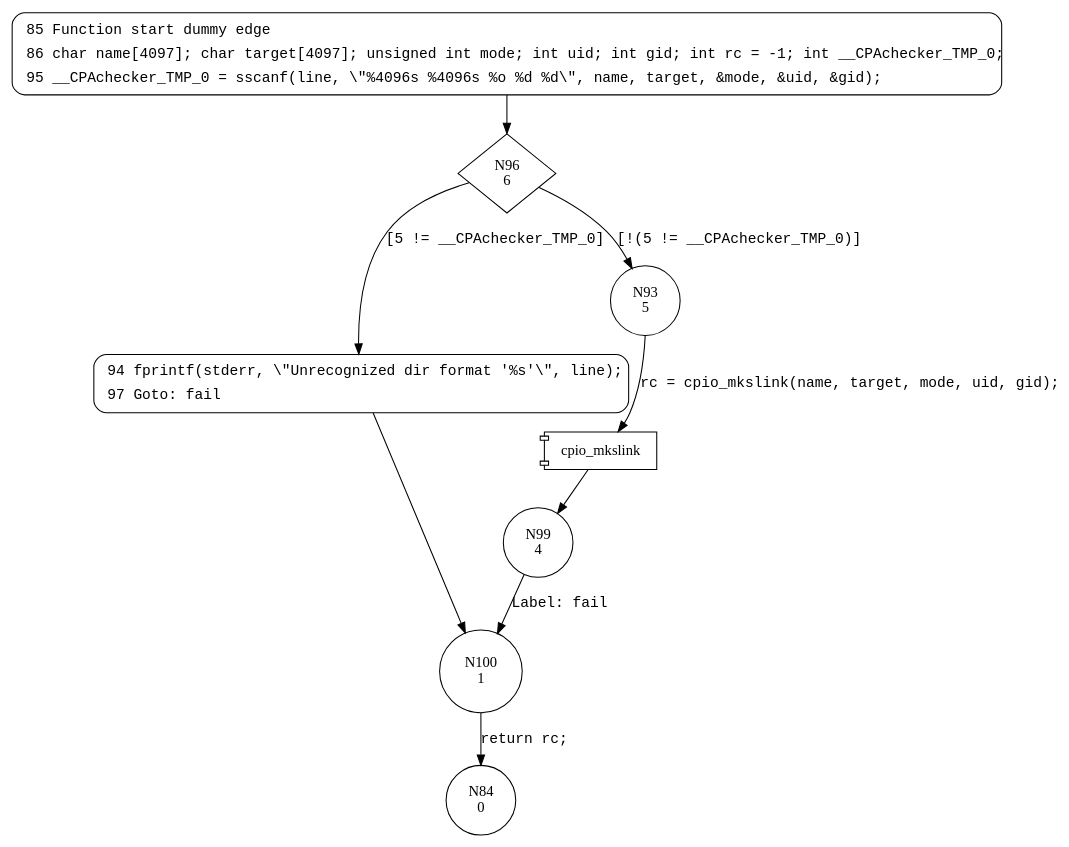
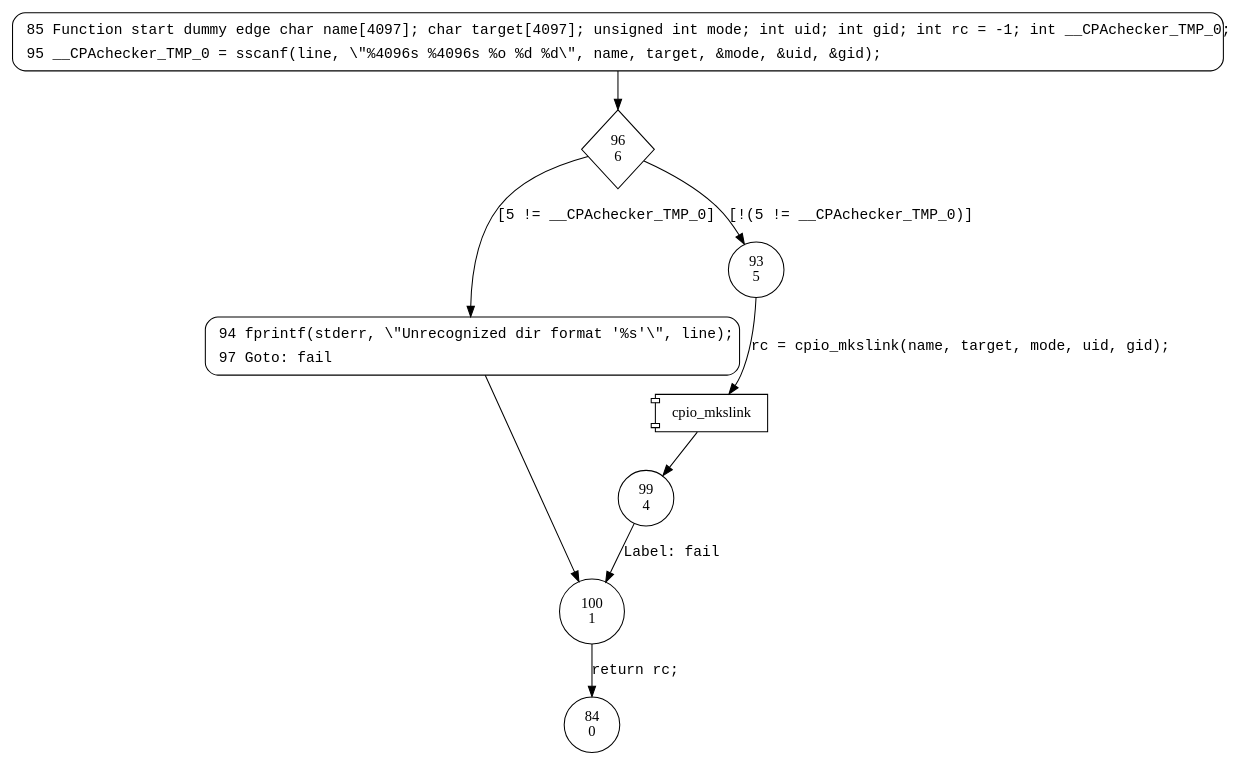
One commit to woailuo/experiments changed the diagram in gen_init_cpio/analysis_original/cfa__cpio_mkslink_line.dot. Above: the diagram before and after it, drawn with Graphviz. The commit also changed 465 other files, not shown here.

```diff
--- a/gen_init_cpio/analysis_original/cfa__cpio_mkslink_line.dot
+++ b/gen_init_cpio/analysis_original/cfa__cpio_mkslink_line.dot
@@ -1,19 +1,19 @@
 digraph cpio_mkslink_line {
-96 [shape="diamond" label="N96\n6"]
-94 [shape="circle" label="N94\n3"]
-93 [shape="circle" label="N93\n5"]
-99 [shape="circle" label="N99\n4"]
-100 [shape="circle" label="N100\n1"]
-84 [shape="circle" label="N84\n0"]
-85 [style="filled,bold" penwidth="1" fillcolor="white" fontname="Courier New" shape="Mrecord" label=<<table border="0" cellborder="0" cellpadding="3" bgcolor="white"><tr><td align="right">85</td><td align="left">Function start dummy edge</td></tr><tr><td align="right">86</td><td align="left">char name[4097]; char target[4097]; unsigned int mode; int uid; int gid; int rc = -1; int __CPAchecker_TMP_0;</td></tr><tr><td align="right">95</td><td align="left">__CPAchecker_TMP_0 = sscanf(line, \"%4096s %4096s %o %d %d\", name, target, &amp;mode, &amp;uid, &amp;gid);</td></tr></table>>]
+96 [shape="diamond" label="96\n6"]
+94 [shape="circle" label="94\n3"]
+93 [shape="circle" label="93\n5"]
+99 [shape="circle" label="99\n4"]
+100 [shape="circle" label="100\n1"]
+84 [shape="circle" label="84\n0"]
+85 [style="filled,bold" penwidth="1" fillcolor="white" fontname="Courier New" shape="Mrecord" label=<<table border="0" cellborder="0" cellpadding="3" bgcolor="white"><tr><td align="right">85</td><td align="left">Function start dummy edge char name[4097]; char target[4097]; unsigned int mode; int uid; int gid; int rc = -1; int __CPAchecker_TMP_0;</td></tr><tr><td align="right">95</td><td align="left">__CPAchecker_TMP_0 = sscanf(line, \"%4096s %4096s %o %d %d\", name, target, &amp;mode, &amp;uid, &amp;gid);</td></tr></table>>]
 85 -> 96[label=""]
 94 [style="filled,bold" penwidth="1" fillcolor="white" fontname="Courier New" shape="Mrecord" label=<<table border="0" cellborder="0" cellpadding="3" bgcolor="white"><tr><td align="right">94</td><td align="left">fprintf(stderr, \"Unrecognized dir format '%s'\", line);</td></tr><tr><td align="right">97</td><td align="left">Goto: fail</td></tr></table>>]
 94 -> 100[label=""]
 96 -> 94 [label="[5 != __CPAchecker_TMP_0]" fontname="Courier New"]
 96 -> 93 [label="[!(5 != __CPAchecker_TMP_0)]" fontname="Courier New"]
 100020 [shape="component" label="cpio_mkslink"]
 93 -> 100020 [label="rc = cpio_mkslink(name, target, mode, uid, gid);" fontname="Courier New"]
 100020 -> 99 [label="" fontname="Courier New"]
 100 -> 84 [label="return rc;" fontname="Courier New"]
 99 -> 100 [label="Label: fail" fontname="Courier New"]
 }
```
